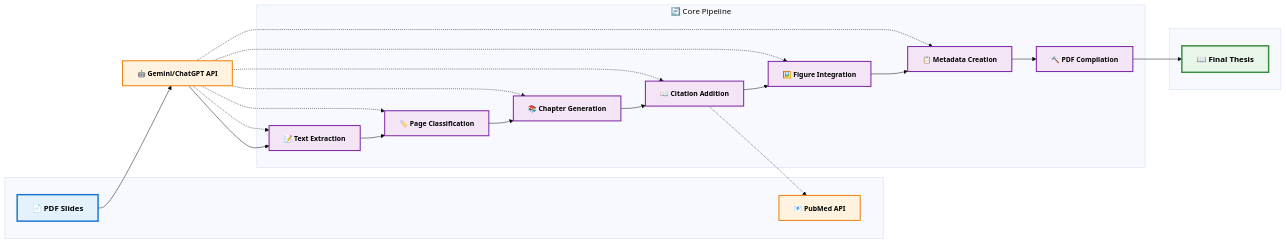
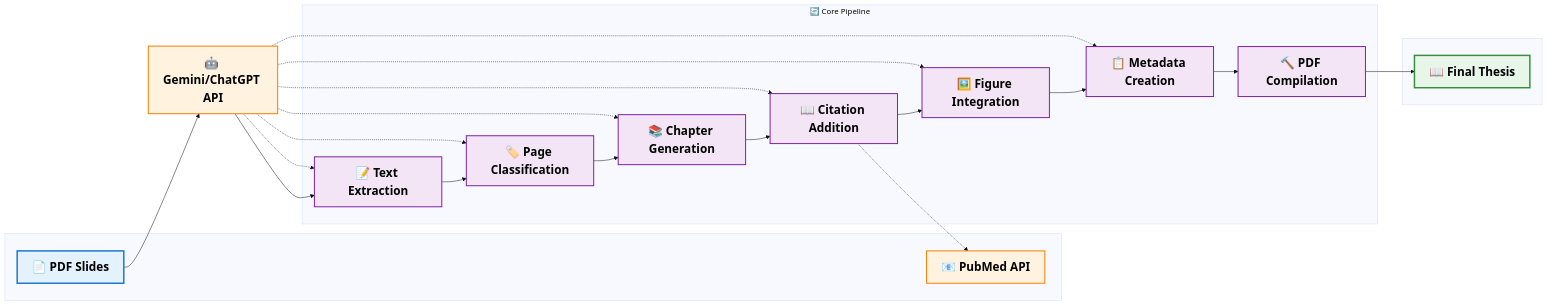
One commit to ythuang0522/Slide2Thesis changed the diagram in README.md. Above: the diagram before and after it, drawn with Mermaid (base theme). The commit also changed 8 other files, not shown here.

````diff
--- a/README.md
+++ b/README.md
@@ -19,49 +19,49 @@
 ```mermaid
 flowchart LR
     A[📄 PDF Slides] --> B[🤖 Gemini/ChatGPT API]
     B --> C[📝 Text Extraction]
     C --> D[🏷️ Page Classification]
     D --> E[📚 Chapter Generation]
     E --> F[📖 Citation Addition]
     F --> G[🖼️ Figure Integration]
     G --> H[📋 Metadata Creation]
     H --> I[🔨 PDF Compilation]
     I --> J[📖 Final Thesis]
 
     subgraph inputs [" "]
         A
         K[📧 PubMed API]
     end
 
     subgraph processing ["🔄 Core Pipeline"]
         C
         D
         E
         F
         G
         H
         I
     end
 
     subgraph outputs [" "]
         J
     end
 
     F -.-> K
     B -.-> C
     B -.-> D
     B -.-> E
     B -.-> F
     B -.-> G
     B -.-> H
 
-    classDef inputStyle fill:#e3f2fd,stroke:#1976d2,stroke-width:3px,color:#000,font-size:16px,font-weight:bold
-    classDef processStyle fill:#f3e5f5,stroke:#7b1fa2,stroke-width:2px,color:#000,font-size:14px,font-weight:bold
-    classDef outputStyle fill:#e8f5e9,stroke:#388e3c,stroke-width:3px,color:#000,font-size:16px,font-weight:bold
-    classDef apiStyle fill:#fff3e0,stroke:#f57c00,stroke-width:2px,color:#000,font-size:14px,font-weight:bold
+    classDef inputStyle fill:#e3f2fd,stroke:#1976d2,stroke-width:3px,color:#000,font-size:24px,font-weight:bold
+    classDef processStyle fill:#f3e5f5,stroke:#7b1fa2,stroke-width:2px,color:#000,font-size:24px,font-weight:bold
+    classDef outputStyle fill:#e8f5e9,stroke:#388e3c,stroke-width:3px,color:#000,font-size:24px,font-weight:bold
+    classDef apiStyle fill:#fff3e0,stroke:#f57c00,stroke-width:2px,color:#000,font-size:24px,font-weight:bold
 
     class A inputStyle
     class C,D,E,F,G,H,I processStyle
     class J outputStyle
     class B,K apiStyle
 ```
````
